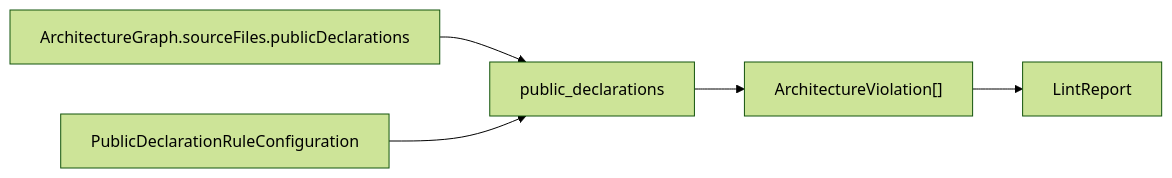
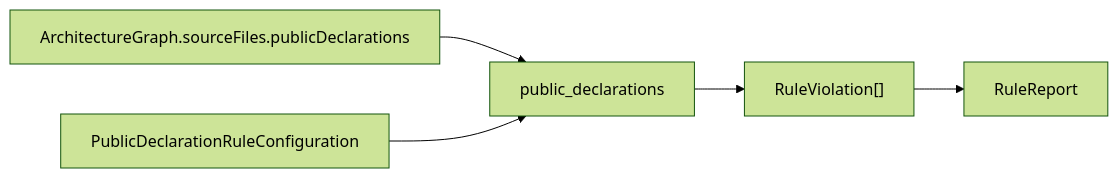
The ninth of 9 diagrams in docs/ARCHITECTURE_SNAPSHOT.md (RoyalPineapple/BumperBowling), drawn with Mermaid (forest theme) before and after one commit. The commit also changed other lines of this file and 54 other files, not shown here.

First line of the commit message:
Open shaper architecture: BumperProject, one engine, one runner (0.5.0) (#39)

````diff
--- a/docs/ARCHITECTURE_SNAPSHOT.md
+++ b/docs/ARCHITECTURE_SNAPSHOT.md
@@ -120,7 +120,7 @@
 ```mermaid
 flowchart LR
     Declarations["ArchitectureGraph.sourceFiles.publicDeclarations"] --> PublicDeclarations["public_declarations"]
     Policy["PublicDeclarationRuleConfiguration"] --> PublicDeclarations
-    PublicDeclarations --> Findings["ArchitectureViolation[]"]
-    Findings --> Report["LintReport"]
+    PublicDeclarations --> Findings["RuleViolation[]"]
+    Findings --> Report["RuleReport"]
 ```
````
